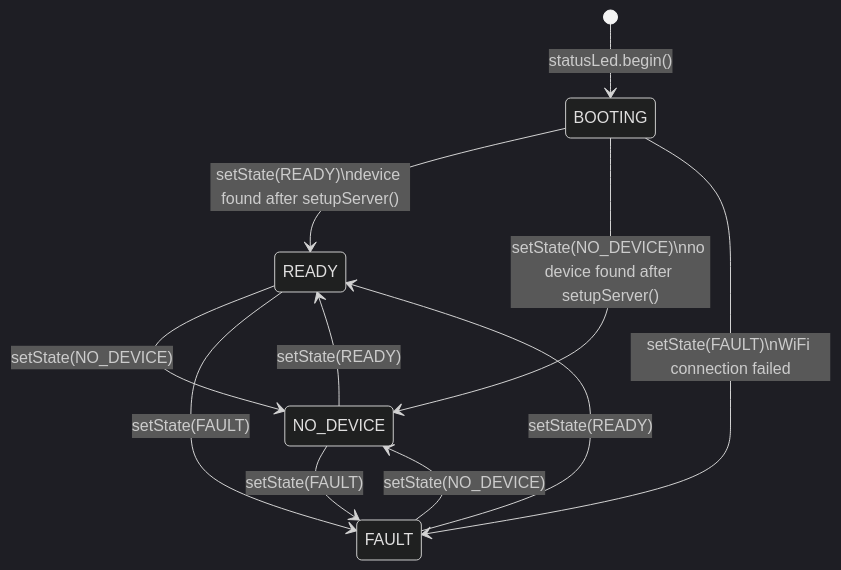
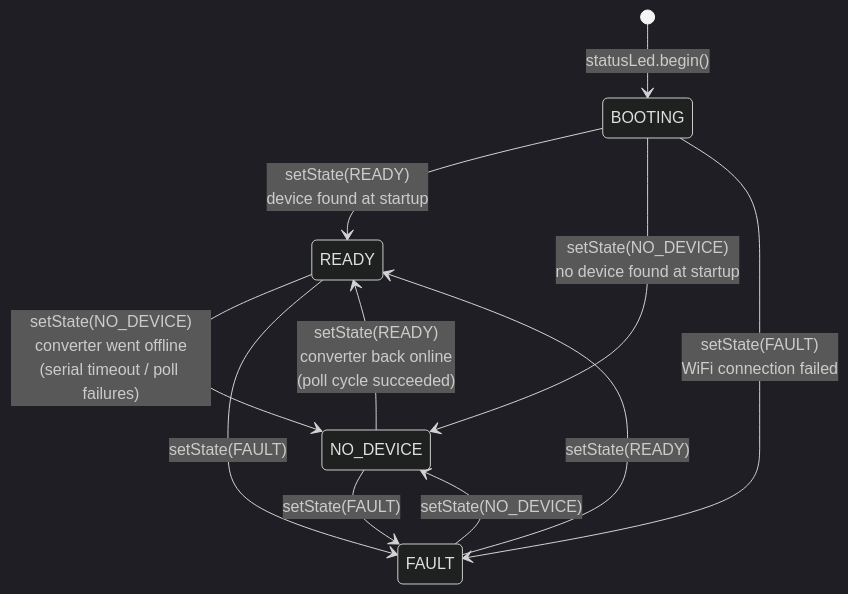
Before and after one commit to Warpguru/ESP: the first of 3 diagrams in README.md, drawn with Mermaid (dark theme). The commit also changed other lines of this file and 14 other files, not shown here.

````diff
--- a/README.md
+++ b/README.md
@@ -130,17 +132,17 @@
 ```mermaid
 stateDiagram-v2
     [*] --> BOOTING : statusLed.begin()
 
-    BOOTING --> READY : setState(READY)\ndevice found after setupServer()
-    BOOTING --> NO_DEVICE : setState(NO_DEVICE)\nno device found after setupServer()
-    BOOTING --> FAULT : setState(FAULT)\nWiFi connection failed
+    BOOTING --> READY : setState(READY)<br>device found at startup
+    BOOTING --> NO_DEVICE : setState(NO_DEVICE)<br>no device found at startup
+    BOOTING --> FAULT : setState(FAULT)<br>WiFi connection failed
 
-    NO_DEVICE --> READY : setState(READY)
+    NO_DEVICE --> READY : setState(READY)<br>converter back online<br>(poll cycle succeeded)
     NO_DEVICE --> FAULT : setState(FAULT)
 
-    READY --> NO_DEVICE : setState(NO_DEVICE)
+    READY --> NO_DEVICE : setState(NO_DEVICE)<br>converter went offline<br>(serial timeout / poll failures)
     READY --> FAULT : setState(FAULT)
 
     FAULT --> READY : setState(READY)
     FAULT --> NO_DEVICE : setState(NO_DEVICE)
 ```
````
